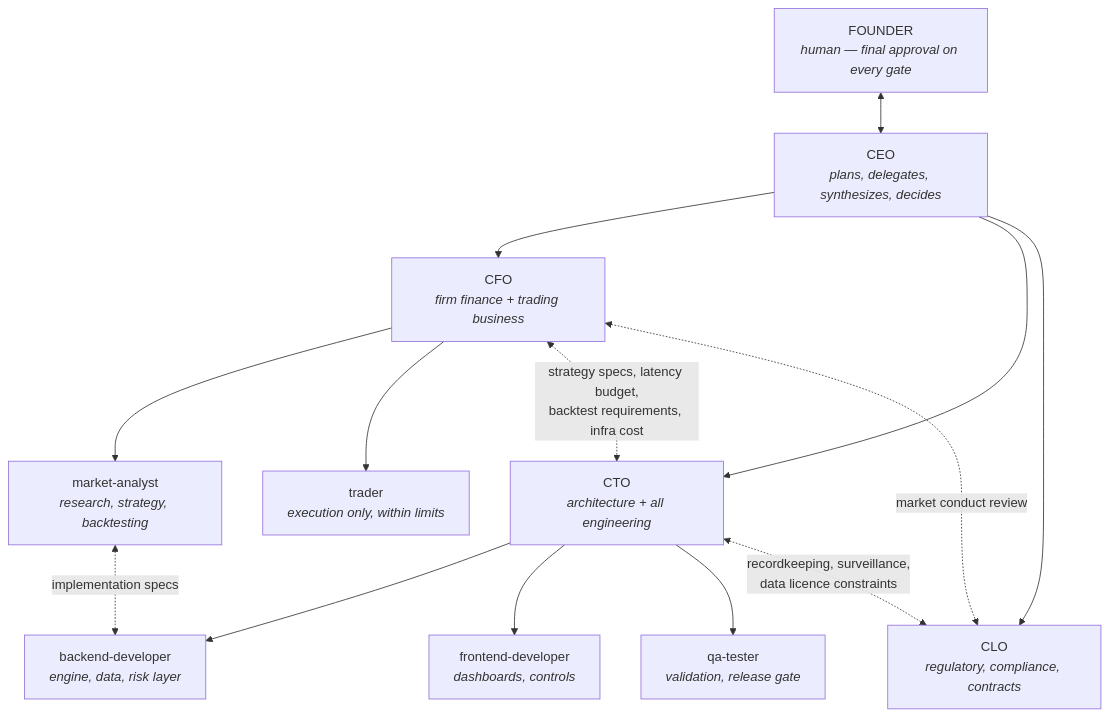
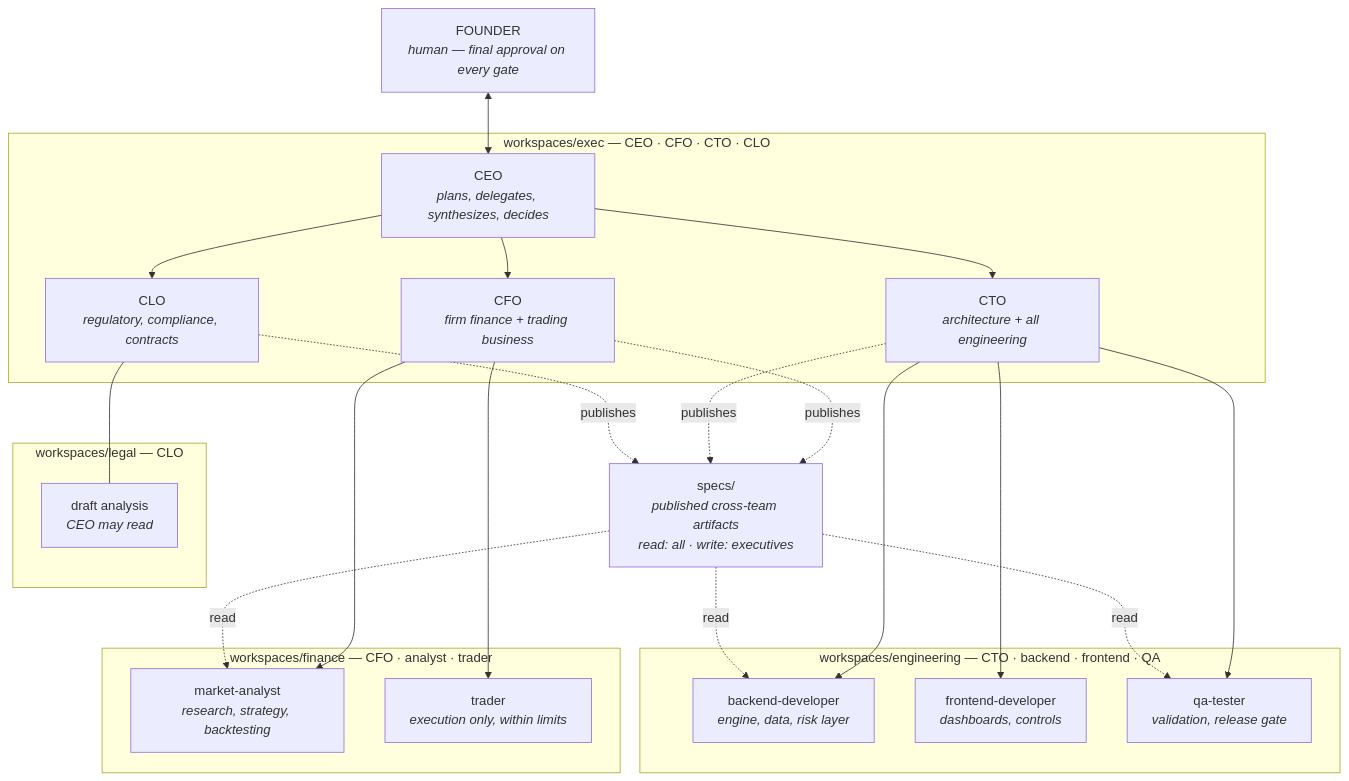
The diagram in docs/org-chart.md (bitbullcapitalllc-arch/BitbullCapOrg), drawn with Mermaid before and after one commit. The commit also changed other lines of this file and 42 other files, not shown here.

````diff
--- a/docs/org-chart.md
+++ b/docs/org-chart.md
@@ -3,28 +3,46 @@
 ```mermaid
 graph TD
     F["FOUNDER<br/><i>human — final approval on every gate</i>"]
-    CEO["CEO<br/><i>plans, delegates, synthesizes, decides</i>"]
-    CFO["CFO<br/><i>firm finance + trading business</i>"]
-    CTO["CTO<br/><i>architecture + all engineering</i>"]
-    CLO["CLO<br/><i>regulatory, compliance, contracts</i>"]
-    MA["market-analyst<br/><i>research, strategy, backtesting</i>"]
-    TR["trader<br/><i>execution only, within limits</i>"]
-    BE["backend-developer<br/><i>engine, data, risk layer</i>"]
-    FE["frontend-developer<br/><i>dashboards, controls</i>"]
-    QA["qa-tester<br/><i>validation, release gate</i>"]
+
+    subgraph WS_EXEC["workspaces/exec — CEO · CFO · CTO · CLO"]
+        CEO["CEO<br/><i>plans, delegates, synthesizes, decides</i>"]
+        CFO["CFO<br/><i>firm finance + trading business</i>"]
+        CTO["CTO<br/><i>architecture + all engineering</i>"]
+        CLO["CLO<br/><i>regulatory, compliance, contracts</i>"]
+    end
+
+    subgraph WS_FIN["workspaces/finance — CFO · analyst · trader"]
+        MA["market-analyst<br/><i>research, strategy, backtesting</i>"]
+        TR["trader<br/><i>execution only, within limits</i>"]
+    end
+
+    subgraph WS_ENG["workspaces/engineering — CTO · backend · frontend · QA"]
+        BE["backend-developer<br/><i>engine, data, risk layer</i>"]
+        FE["frontend-developer<br/><i>dashboards, controls</i>"]
+        QA["qa-tester<br/><i>validation, release gate</i>"]
+    end
+
+    subgraph WS_LEGAL["workspaces/legal — CLO"]
+        LEGALWORK["draft analysis<br/><i>CEO may read</i>"]
+    end
+
+    SPECS["specs/<br/><i>published cross-team artifacts<br/>read: all · write: executives</i>"]
 
     F <--> CEO
     CEO --> CFO
     CEO --> CTO
     CEO --> CLO
     CFO --> MA
     CFO --> TR
     CTO --> BE
     CTO --> FE
     CTO --> QA
+    CLO --- LEGALWORK
 
-    CFO <-. "strategy specs, latency budget,<br/>backtest requirements, infra cost" .-> CTO
-    CFO <-. "market conduct review" .-> CLO
-    CTO <-. "recordkeeping, surveillance,<br/>data licence constraints" .-> CLO
-    MA <-. "implementation specs" .-> BE
+    CFO -. publishes .-> SPECS
+    CTO -. publishes .-> SPECS
+    CLO -. publishes .-> SPECS
+    SPECS -. read .-> MA
+    SPECS -. read .-> BE
+    SPECS -. read .-> QA
 ```
````
